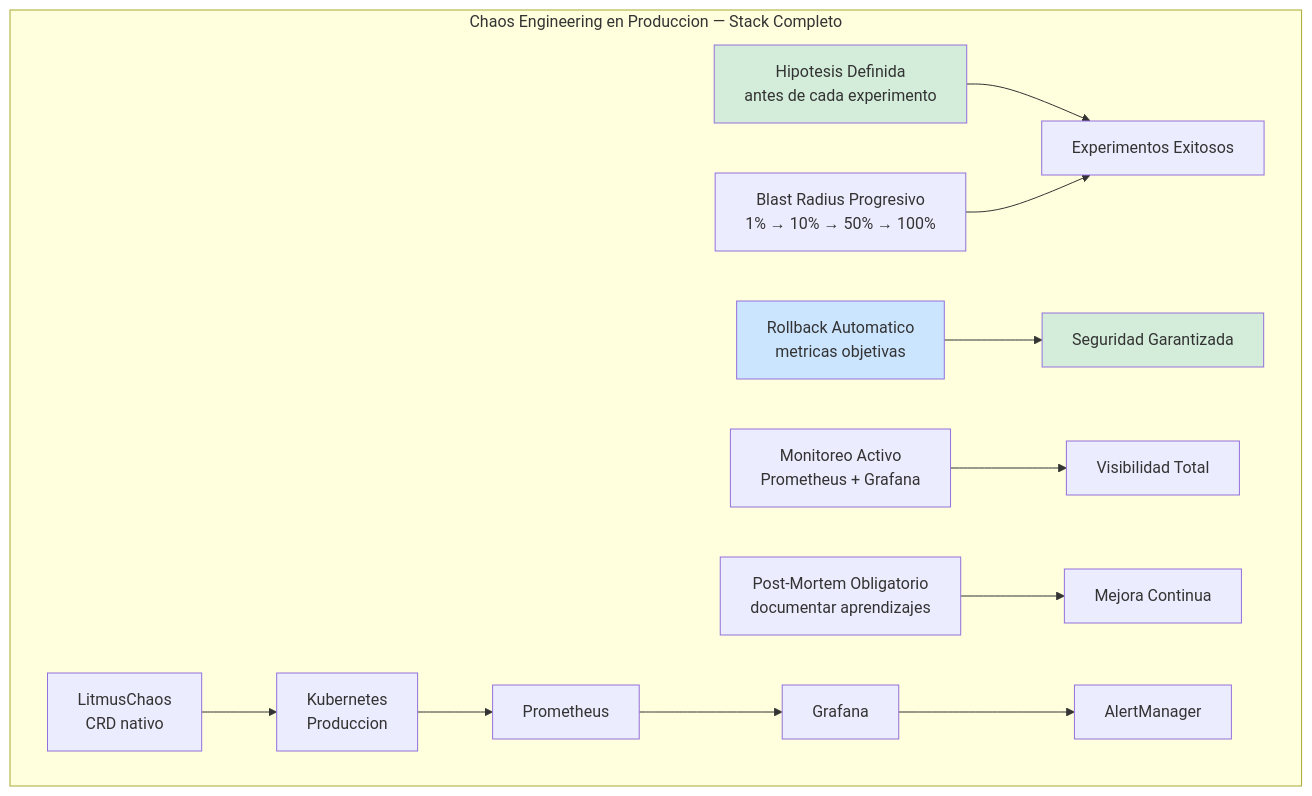
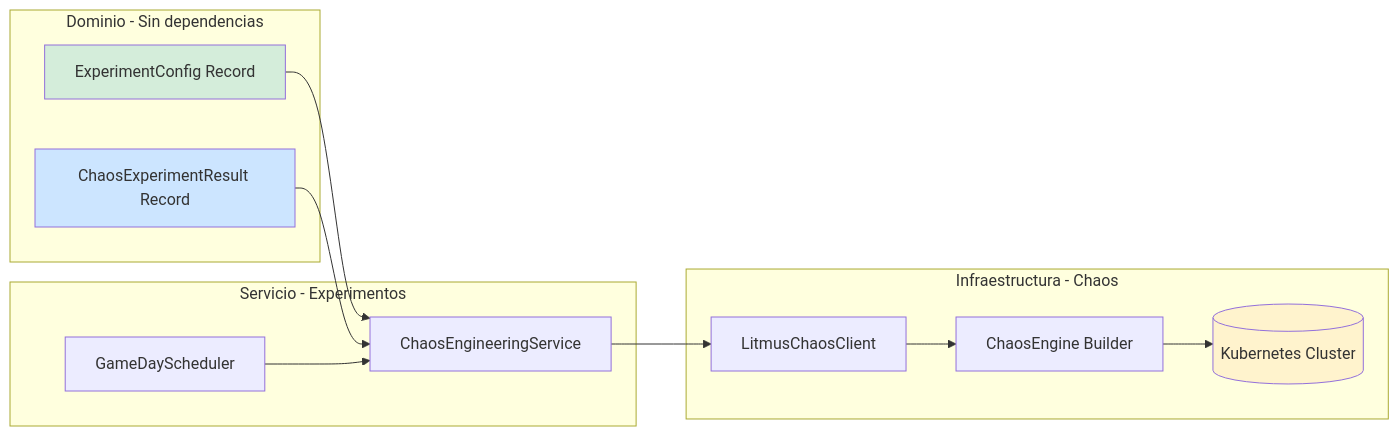
One commit to Joaquinriosheredia/DAM-Java-Mastery changed the second of 3 diagrams in 05_SRE_DevOps/chaos_engineering_con_gremlin_y_litmus_en_kubernetes_STAFF.md. Above: the diagram before and after it, drawn with Mermaid. The commit also changed other lines of this file, not shown here.

Commit message:
chaos_engineering_con_gremlin_y_litmus_en_kubernetes_STAFF.md

````diff
--- a/05_SRE_DevOps/chaos_engineering_con_gremlin_y_litmus_en_kubernetes_STAFF.md
+++ b/05_SRE_DevOps/chaos_engineering_con_gremlin_y_litmus_en_kubernetes_STAFF.md
@@ -678,25 +179,29 @@
 ```mermaid
-graph TD
-    subgraph "Chaos Engineering en Produccion — Stack Completo"
-        HYPO[Hipotesis Definida <br >antes de cada experimento]
-        BLAST[Blast Radius Progresivo <br >1% → 10% → 50% → 100%]
-        ROLL[Rollback Automatico <br >metricas objetivas]
-        MON[Monitoreo Activo <br >Prometheus + Grafana]
-        POST[Post-Mortem Obligatorio <br >documentar aprendizajes]
-
-        HYPO --> SUCCESS[Experimentos Exitosos]
-        BLAST --> SUCCESS
-        ROLL --> SAFE[Seguridad Garantizada]
-        MON --> VISIBILITY[Visibilidad Total]
-        POST --> IMPROVE[Mejora Continua]
-
-        LIT2[LitmusChaos <br >CRD nativo] --> K8S2[Kubernetes <br >Produccion]
-        K8S2 --> PROM2[Prometheus]
-        PROM2 --> GRAF2[Grafana]
-        GRAF2 --> AM2[AlertManager]
+graph LR
+    subgraph "Dominio - Sin dependencias"
+        CONFIG[ExperimentConfig Record]
+        RESULT[ChaosExperimentResult Record]
     end
     
-    style HYPO fill:#d4edda
-    style ROLL fill:#cce5ff
-    style SAFE fill:#d4edda
+    subgraph "Infraestructura - Chaos"
+        CLIENT[LitmusChaosClient]
+        ENGINE[ChaosEngine Builder]
+        K8S[(Kubernetes Cluster)]
+    end
+    
+    subgraph "Servicio - Experimentos"
+        SVC[ChaosEngineeringService]
+        SCHED[GameDayScheduler]
+    end
+    
+    CONFIG --> SVC
+    RESULT --> SVC
+    SVC --> CLIENT
+    CLIENT --> ENGINE
+    ENGINE --> K8S
+    SCHED --> SVC
+    
+    style CONFIG fill:#d4edda
+    style RESULT fill:#cce5ff
+    style K8S fill:#fff3cd
 ```
````
